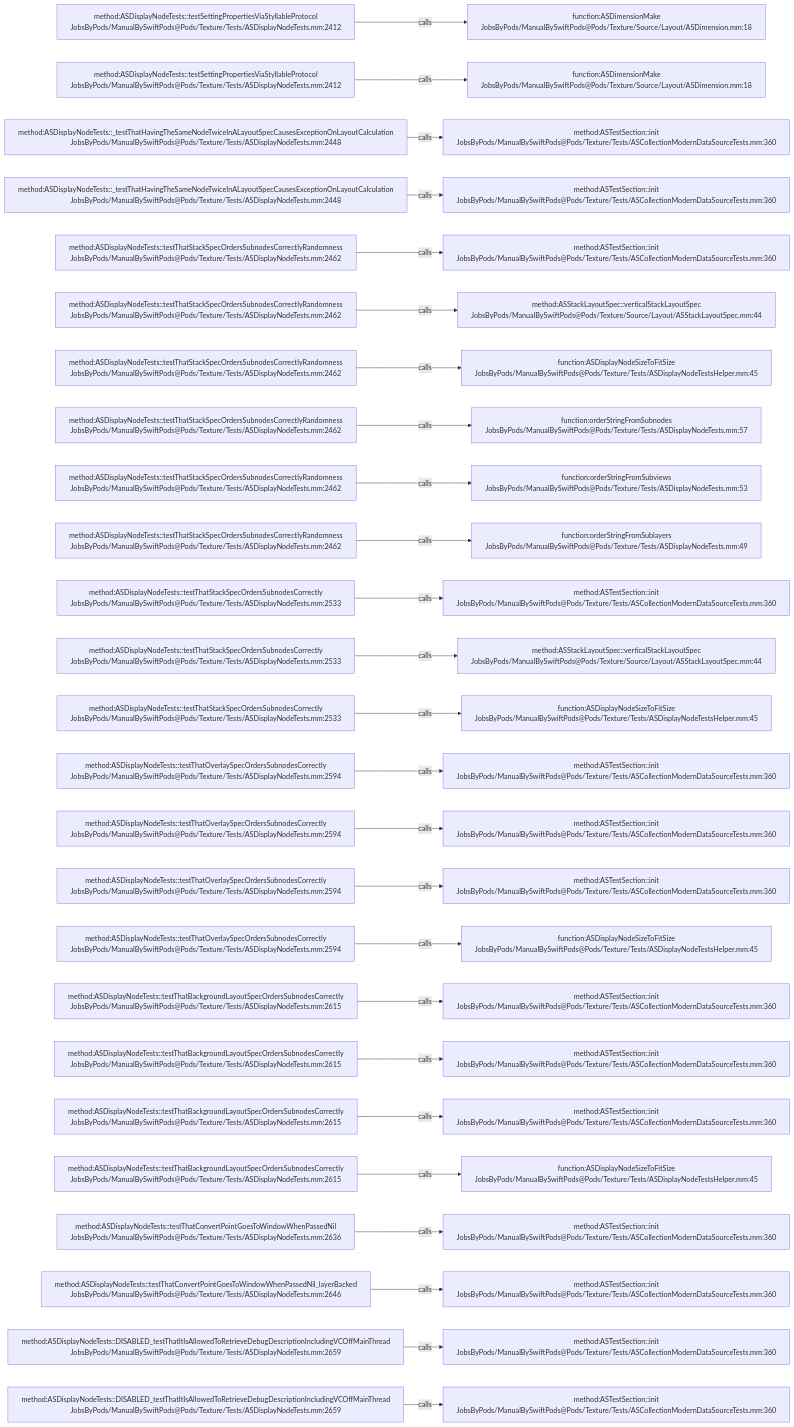
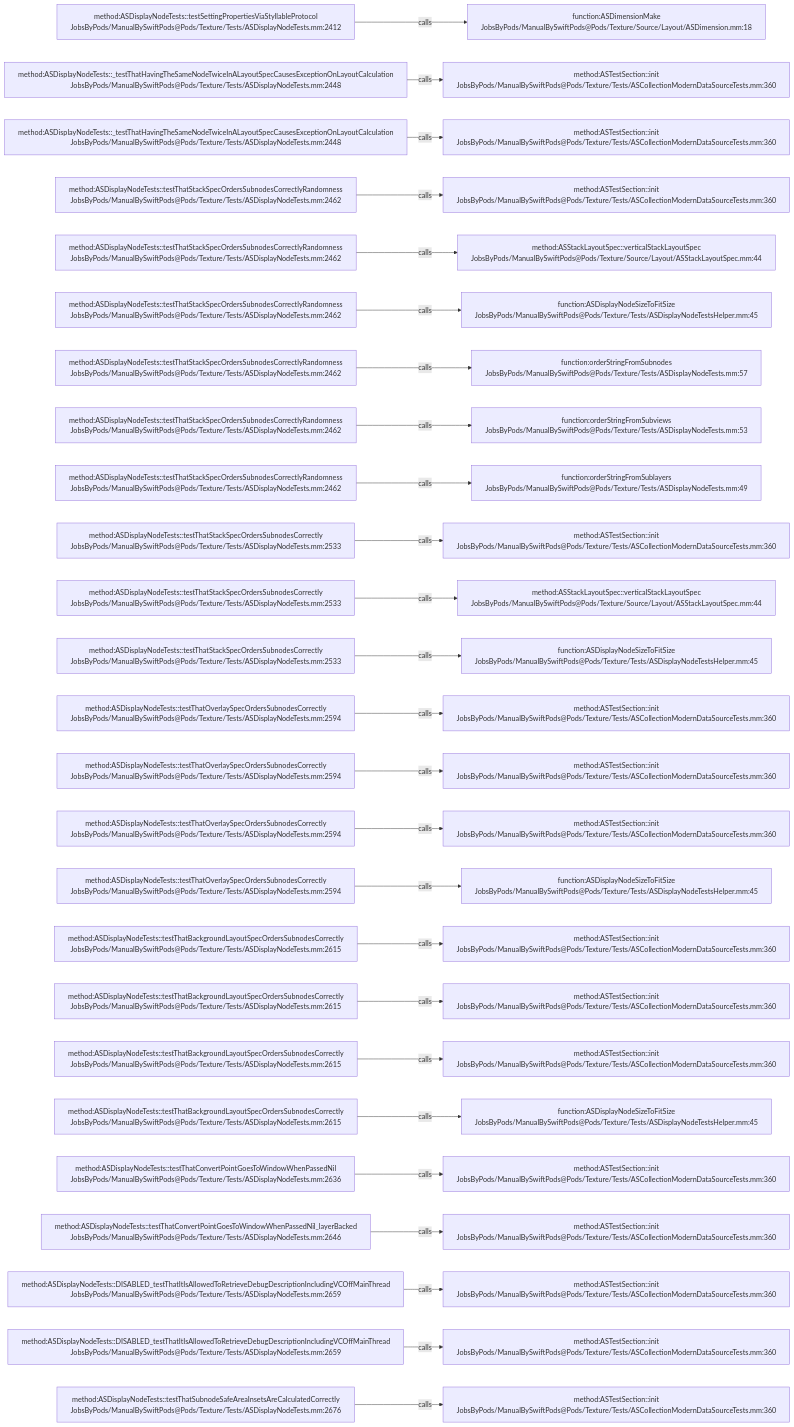
One commit to JobsKits/JobsSwiftBaseConfigDemo changed the diagram in .codegraph/codegraph.md/graphs/calls-196.md. Above: the diagram before and after it, drawn with Mermaid. The commit also changed 747 other files, not shown here.

````diff
--- a/.codegraph/codegraph.md/graphs/calls-196.md
+++ b/.codegraph/codegraph.md/graphs/calls-196.md
@@ -13,78 +13,78 @@
 ```mermaid
 flowchart LR
   S1["method:ASDisplayNodeTests::testSettingPropertiesViaStyllableProtocol<br/>JobsByPods/ManualBySwiftPods@Pods/Texture/Tests/ASDisplayNodeTests.mm:2412"]
   T1["function:ASDimensionMake<br/>JobsByPods/ManualBySwiftPods@Pods/Texture/Source/Layout/ASDimension.mm:18"]
   S1 -->|calls| T1
-  S2["method:ASDisplayNodeTests::testSettingPropertiesViaStyllableProtocol<br/>JobsByPods/ManualBySwiftPods@Pods/Texture/Tests/ASDisplayNodeTests.mm:2412"]
-  T2["function:ASDimensionMake<br/>JobsByPods/ManualBySwiftPods@Pods/Texture/Source/Layout/ASDimension.mm:18"]
+  S2["method:ASDisplayNodeTests::_testThatHavingTheSameNodeTwiceInALayoutSpecCausesExceptionOnLayoutCalculation<br/>JobsByPods/ManualBySwiftPods@Pods/Texture/Tests/ASDisplayNodeTests.mm:2448"]
+  T2["method:ASTestSection::init<br/>JobsByPods/ManualBySwiftPods@Pods/Texture/Tests/ASCollectionModernDataSourceTests.mm:360"]
   S2 -->|calls| T2
   S3["method:ASDisplayNodeTests::_testThatHavingTheSameNodeTwiceInALayoutSpecCausesExceptionOnLayoutCalculation<br/>JobsByPods/ManualBySwiftPods@Pods/Texture/Tests/ASDisplayNodeTests.mm:2448"]
   T3["method:ASTestSection::init<br/>JobsByPods/ManualBySwiftPods@Pods/Texture/Tests/ASCollectionModernDataSourceTests.mm:360"]
   S3 -->|calls| T3
-  S4["method:ASDisplayNodeTests::_testThatHavingTheSameNodeTwiceInALayoutSpecCausesExceptionOnLayoutCalculation<br/>JobsByPods/ManualBySwiftPods@Pods/Texture/Tests/ASDisplayNodeTests.mm:2448"]
+  S4["method:ASDisplayNodeTests::testThatStackSpecOrdersSubnodesCorrectlyRandomness<br/>JobsByPods/ManualBySwiftPods@Pods/Texture/Tests/ASDisplayNodeTests.mm:2462"]
   T4["method:ASTestSection::init<br/>JobsByPods/ManualBySwiftPods@Pods/Texture/Tests/ASCollectionModernDataSourceTests.mm:360"]
   S4 -->|calls| T4
   S5["method:ASDisplayNodeTests::testThatStackSpecOrdersSubnodesCorrectlyRandomness<br/>JobsByPods/ManualBySwiftPods@Pods/Texture/Tests/ASDisplayNodeTests.mm:2462"]
-  T5["method:ASTestSection::init<br/>JobsByPods/ManualBySwiftPods@Pods/Texture/Tests/ASCollectionModernDataSourceTests.mm:360"]
+  T5["method:ASStackLayoutSpec::verticalStackLayoutSpec<br/>JobsByPods/ManualBySwiftPods@Pods/Texture/Source/Layout/ASStackLayoutSpec.mm:44"]
   S5 -->|calls| T5
   S6["method:ASDisplayNodeTests::testThatStackSpecOrdersSubnodesCorrectlyRandomness<br/>JobsByPods/ManualBySwiftPods@Pods/Texture/Tests/ASDisplayNodeTests.mm:2462"]
-  T6["method:ASStackLayoutSpec::verticalStackLayoutSpec<br/>JobsByPods/ManualBySwiftPods@Pods/Texture/Source/Layout/ASStackLayoutSpec.mm:44"]
+  T6["function:ASDisplayNodeSizeToFitSize<br/>JobsByPods/ManualBySwiftPods@Pods/Texture/Tests/ASDisplayNodeTestsHelper.mm:45"]
   S6 -->|calls| T6
   S7["method:ASDisplayNodeTests::testThatStackSpecOrdersSubnodesCorrectlyRandomness<br/>JobsByPods/ManualBySwiftPods@Pods/Texture/Tests/ASDisplayNodeTests.mm:2462"]
-  T7["function:ASDisplayNodeSizeToFitSize<br/>JobsByPods/ManualBySwiftPods@Pods/Texture/Tests/ASDisplayNodeTestsHelper.mm:45"]
+  T7["function:orderStringFromSubnodes<br/>JobsByPods/ManualBySwiftPods@Pods/Texture/Tests/ASDisplayNodeTests.mm:57"]
   S7 -->|calls| T7
   S8["method:ASDisplayNodeTests::testThatStackSpecOrdersSubnodesCorrectlyRandomness<br/>JobsByPods/ManualBySwiftPods@Pods/Texture/Tests/ASDisplayNodeTests.mm:2462"]
-  T8["function:orderStringFromSubnodes<br/>JobsByPods/ManualBySwiftPods@Pods/Texture/Tests/ASDisplayNodeTests.mm:57"]
+  T8["function:orderStringFromSubviews<br/>JobsByPods/ManualBySwiftPods@Pods/Texture/Tests/ASDisplayNodeTests.mm:53"]
   S8 -->|calls| T8
   S9["method:ASDisplayNodeTests::testThatStackSpecOrdersSubnodesCorrectlyRandomness<br/>JobsByPods/ManualBySwiftPods@Pods/Texture/Tests/ASDisplayNodeTests.mm:2462"]
-  T9["function:orderStringFromSubviews<br/>JobsByPods/ManualBySwiftPods@Pods/Texture/Tests/ASDisplayNodeTests.mm:53"]
+  T9["function:orderStringFromSublayers<br/>JobsByPods/ManualBySwiftPods@Pods/Texture/Tests/ASDisplayNodeTests.mm:49"]
   S9 -->|calls| T9
-  S10["method:ASDisplayNodeTests::testThatStackSpecOrdersSubnodesCorrectlyRandomness<br/>JobsByPods/ManualBySwiftPods@Pods/Texture/Tests/ASDisplayNodeTests.mm:2462"]
-  T10["function:orderStringFromSublayers<br/>JobsByPods/ManualBySwiftPods@Pods/Texture/Tests/ASDisplayNodeTests.mm:49"]
+  S10["method:ASDisplayNodeTests::testThatStackSpecOrdersSubnodesCorrectly<br/>JobsByPods/ManualBySwiftPods@Pods/Texture/Tests/ASDisplayNodeTests.mm:2533"]
+  T10["method:ASTestSection::init<br/>JobsByPods/ManualBySwiftPods@Pods/Texture/Tests/ASCollectionModernDataSourceTests.mm:360"]
   S10 -->|calls| T10
   S11["method:ASDisplayNodeTests::testThatStackSpecOrdersSubnodesCorrectly<br/>JobsByPods/ManualBySwiftPods@Pods/Texture/Tests/ASDisplayNodeTests.mm:2533"]
-  T11["method:ASTestSection::init<br/>JobsByPods/ManualBySwiftPods@Pods/Texture/Tests/ASCollectionModernDataSourceTests.mm:360"]
+  T11["method:ASStackLayoutSpec::verticalStackLayoutSpec<br/>JobsByPods/ManualBySwiftPods@Pods/Texture/Source/Layout/ASStackLayoutSpec.mm:44"]
   S11 -->|calls| T11
   S12["method:ASDisplayNodeTests::testThatStackSpecOrdersSubnodesCorrectly<br/>JobsByPods/ManualBySwiftPods@Pods/Texture/Tests/ASDisplayNodeTests.mm:2533"]
-  T12["method:ASStackLayoutSpec::verticalStackLayoutSpec<br/>JobsByPods/ManualBySwiftPods@Pods/Texture/Source/Layout/ASStackLayoutSpec.mm:44"]
+  T12["function:ASDisplayNodeSizeToFitSize<br/>JobsByPods/ManualBySwiftPods@Pods/Texture/Tests/ASDisplayNodeTestsHelper.mm:45"]
   S12 -->|calls| T12
-  S13["method:ASDisplayNodeTests::testThatStackSpecOrdersSubnodesCorrectly<br/>JobsByPods/ManualBySwiftPods@Pods/Texture/Tests/ASDisplayNodeTests.mm:2533"]
-  T13["function:ASDisplayNodeSizeToFitSize<br/>JobsByPods/ManualBySwiftPods@Pods/Texture/Tests/ASDisplayNodeTestsHelper.mm:45"]
+  S13["method:ASDisplayNodeTests::testThatOverlaySpecOrdersSubnodesCorrectly<br/>JobsByPods/ManualBySwiftPods@Pods/Texture/Tests/ASDisplayNodeTests.mm:2594"]
+  T13["method:ASTestSection::init<br/>JobsByPods/ManualBySwiftPods@Pods/Texture/Tests/ASCollectionModernDataSourceTests.mm:360"]
   S13 -->|calls| T13
   S14["method:ASDisplayNodeTests::testThatOverlaySpecOrdersSubnodesCorrectly<br/>JobsByPods/ManualBySwiftPods@Pods/Texture/Tests/ASDisplayNodeTests.mm:2594"]
   T14["method:ASTestSection::init<br/>JobsByPods/ManualBySwiftPods@Pods/Texture/Tests/ASCollectionModernDataSourceTests.mm:360"]
   S14 -->|calls| T14
   S15["method:ASDisplayNodeTests::testThatOverlaySpecOrdersSubnodesCorrectly<br/>JobsByPods/ManualBySwiftPods@Pods/Texture/Tests/ASDisplayNodeTests.mm:2594"]
   T15["method:ASTestSection::init<br/>JobsByPods/ManualBySwiftPods@Pods/Texture/Tests/ASCollectionModernDataSourceTests.mm:360"]
   S15 -->|calls| T15
   S16["method:ASDisplayNodeTests::testThatOverlaySpecOrdersSubnodesCorrectly<br/>JobsByPods/ManualBySwiftPods@Pods/Texture/Tests/ASDisplayNodeTests.mm:2594"]
-  T16["method:ASTestSection::init<br/>JobsByPods/ManualBySwiftPods@Pods/Texture/Tests/ASCollectionModernDataSourceTests.mm:360"]
+  T16["function:ASDisplayNodeSizeToFitSize<br/>JobsByPods/ManualBySwiftPods@Pods/Texture/Tests/ASDisplayNodeTestsHelper.mm:45"]
   S16 -->|calls| T16
-  S17["method:ASDisplayNodeTests::testThatOverlaySpecOrdersSubnodesCorrectly<br/>JobsByPods/ManualBySwiftPods@Pods/Texture/Tests/ASDisplayNodeTests.mm:2594"]
-  T17["function:ASDisplayNodeSizeToFitSize<br/>JobsByPods/ManualBySwiftPods@Pods/Texture/Tests/ASDisplayNodeTestsHelper.mm:45"]
+  S17["method:ASDisplayNodeTests::testThatBackgroundLayoutSpecOrdersSubnodesCorrectly<br/>JobsByPods/ManualBySwiftPods@Pods/Texture/Tests/ASDisplayNodeTests.mm:2615"]
+  T17["method:ASTestSection::init<br/>JobsByPods/ManualBySwiftPods@Pods/Texture/Tests/ASCollectionModernDataSourceTests.mm:360"]
   S17 -->|calls| T17
   S18["method:ASDisplayNodeTests::testThatBackgroundLayoutSpecOrdersSubnodesCorrectly<br/>JobsByPods/ManualBySwiftPods@Pods/Texture/Tests/ASDisplayNodeTests.mm:2615"]
   T18["method:ASTestSection::init<br/>JobsByPods/ManualBySwiftPods@Pods/Texture/Tests/ASCollectionModernDataSourceTests.mm:360"]
   S18 -->|calls| T18
   S19["method:ASDisplayNodeTests::testThatBackgroundLayoutSpecOrdersSubnodesCorrectly<br/>JobsByPods/ManualBySwiftPods@Pods/Texture/Tests/ASDisplayNodeTests.mm:2615"]
   T19["method:ASTestSection::init<br/>JobsByPods/ManualBySwiftPods@Pods/Texture/Tests/ASCollectionModernDataSourceTests.mm:360"]
   S19 -->|calls| T19
   S20["method:ASDisplayNodeTests::testThatBackgroundLayoutSpecOrdersSubnodesCorrectly<br/>JobsByPods/ManualBySwiftPods@Pods/Texture/Tests/ASDisplayNodeTests.mm:2615"]
-  T20["method:ASTestSection::init<br/>JobsByPods/ManualBySwiftPods@Pods/Texture/Tests/ASCollectionModernDataSourceTests.mm:360"]
+  T20["function:ASDisplayNodeSizeToFitSize<br/>JobsByPods/ManualBySwiftPods@Pods/Texture/Tests/ASDisplayNodeTestsHelper.mm:45"]
   S20 -->|calls| T20
-  S21["method:ASDisplayNodeTests::testThatBackgroundLayoutSpecOrdersSubnodesCorrectly<br/>JobsByPods/ManualBySwiftPods@Pods/Texture/Tests/ASDisplayNodeTests.mm:2615"]
-  T21["function:ASDisplayNodeSizeToFitSize<br/>JobsByPods/ManualBySwiftPods@Pods/Texture/Tests/ASDisplayNodeTestsHelper.mm:45"]
+  S21["method:ASDisplayNodeTests::testThatConvertPointGoesToWindowWhenPassedNil<br/>JobsByPods/ManualBySwiftPods@Pods/Texture/Tests/ASDisplayNodeTests.mm:2636"]
+  T21["method:ASTestSection::init<br/>JobsByPods/ManualBySwiftPods@Pods/Texture/Tests/ASCollectionModernDataSourceTests.mm:360"]
   S21 -->|calls| T21
-  S22["method:ASDisplayNodeTests::testThatConvertPointGoesToWindowWhenPassedNil<br/>JobsByPods/ManualBySwiftPods@Pods/Texture/Tests/ASDisplayNodeTests.mm:2636"]
+  S22["method:ASDisplayNodeTests::testThatConvertPointGoesToWindowWhenPassedNil_layerBacked<br/>JobsByPods/ManualBySwiftPods@Pods/Texture/Tests/ASDisplayNodeTests.mm:2646"]
   T22["method:ASTestSection::init<br/>JobsByPods/ManualBySwiftPods@Pods/Texture/Tests/ASCollectionModernDataSourceTests.mm:360"]
   S22 -->|calls| T22
-  S23["method:ASDisplayNodeTests::testThatConvertPointGoesToWindowWhenPassedNil_layerBacked<br/>JobsByPods/ManualBySwiftPods@Pods/Texture/Tests/ASDisplayNodeTests.mm:2646"]
+  S23["method:ASDisplayNodeTests::DISABLED_testThatItIsAllowedToRetrieveDebugDescriptionIncludingVCOffMainThread<br/>JobsByPods/ManualBySwiftPods@Pods/Texture/Tests/ASDisplayNodeTests.mm:2659"]
   T23["method:ASTestSection::init<br/>JobsByPods/ManualBySwiftPods@Pods/Texture/Tests/ASCollectionModernDataSourceTests.mm:360"]
   S23 -->|calls| T23
   S24["method:ASDisplayNodeTests::DISABLED_testThatItIsAllowedToRetrieveDebugDescriptionIncludingVCOffMainThread<br/>JobsByPods/ManualBySwiftPods@Pods/Texture/Tests/ASDisplayNodeTests.mm:2659"]
   T24["method:ASTestSection::init<br/>JobsByPods/ManualBySwiftPods@Pods/Texture/Tests/ASCollectionModernDataSourceTests.mm:360"]
   S24 -->|calls| T24
-  S25["method:ASDisplayNodeTests::DISABLED_testThatItIsAllowedToRetrieveDebugDescriptionIncludingVCOffMainThread<br/>JobsByPods/ManualBySwiftPods@Pods/Texture/Tests/ASDisplayNodeTests.mm:2659"]
+  S25["method:ASDisplayNodeTests::testThatSubnodeSafeAreaInsetsAreCalculatedCorrectly<br/>JobsByPods/ManualBySwiftPods@Pods/Texture/Tests/ASDisplayNodeTests.mm:2676"]
   T25["method:ASTestSection::init<br/>JobsByPods/ManualBySwiftPods@Pods/Texture/Tests/ASCollectionModernDataSourceTests.mm:360"]
   S25 -->|calls| T25
 ```
````
